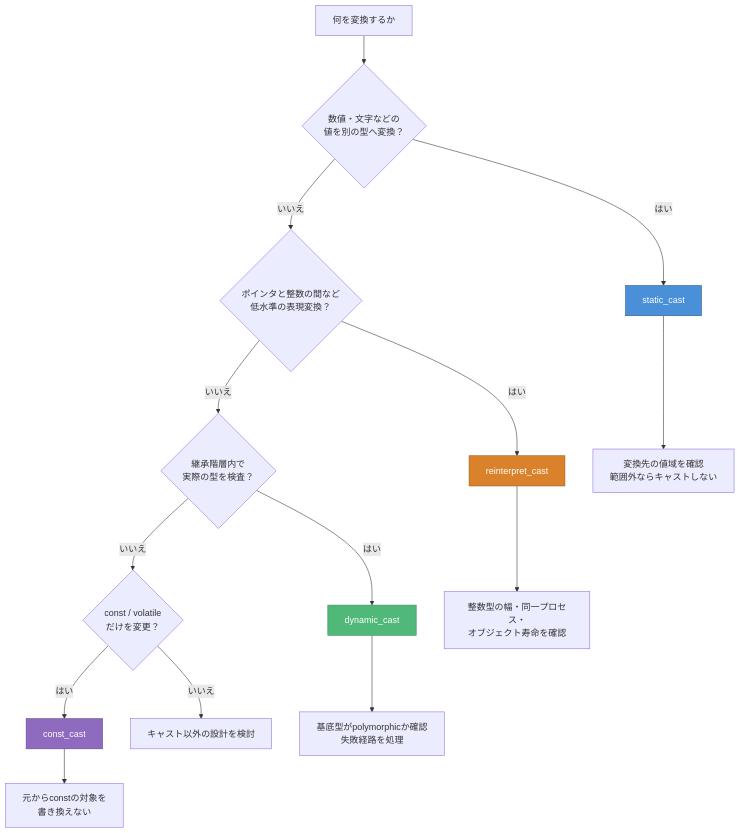
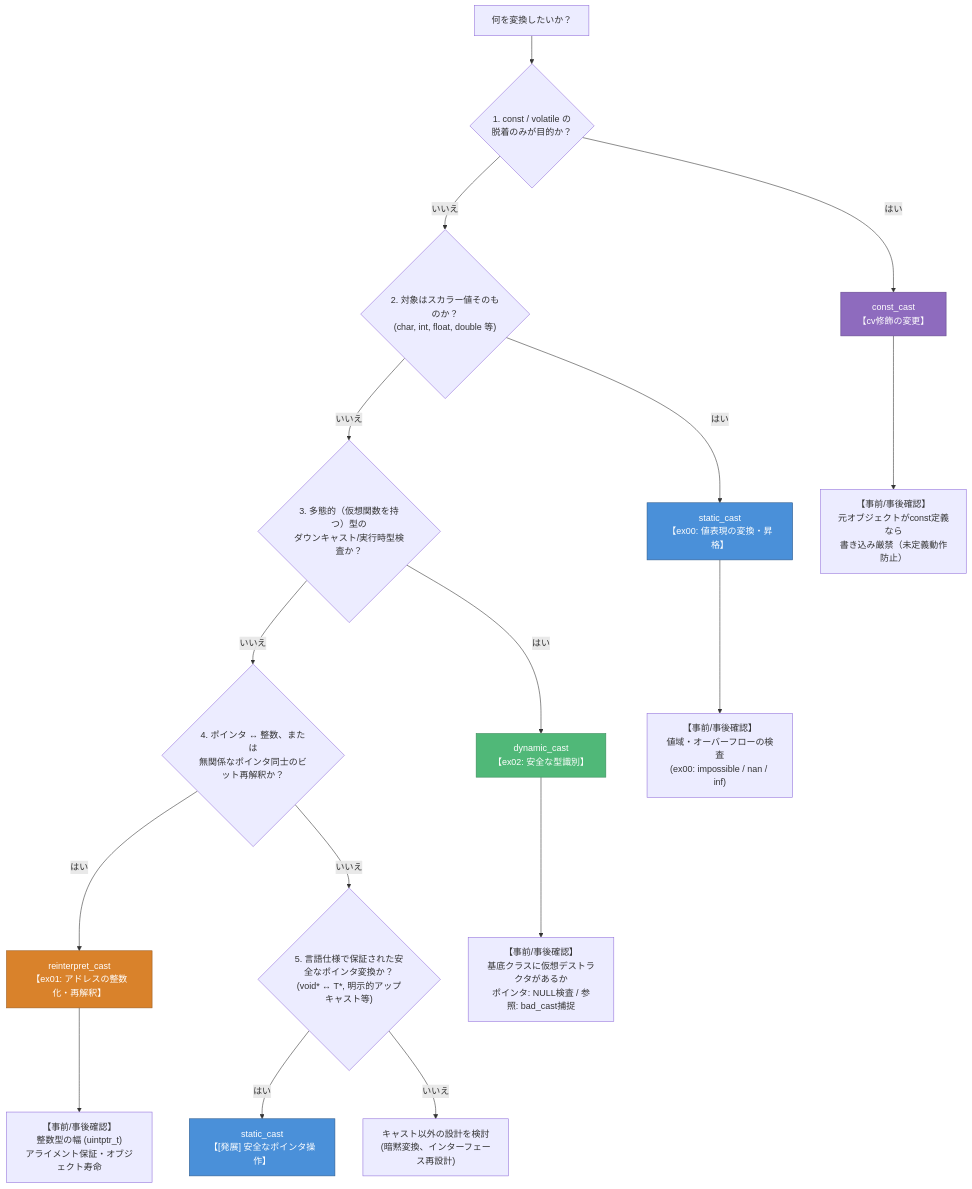
One commit to tototec1234/cpp05-09_learning_guide changed the diagram in CPP06_learning_guide/CPP06_cast_overview_diagram.md. Above: the diagram before and after it, drawn with Mermaid. The commit also changed other lines of this file and 1 other file, not shown here.

Commit message:
wip/CPP06学習ガイドたたき台

````diff
--- a/CPP06_learning_guide/CPP06_cast_overview_diagram.md
+++ b/CPP06_learning_guide/CPP06_cast_overview_diagram.md
@@ -8,22 +6,31 @@
 ```mermaid
 flowchart TD
-    start["何を変換するか"] --> scalar{"数値・文字などの<br/>値を別の型へ変換？"}
-    scalar -->|はい| static["static_cast"]
-    scalar -->|いいえ| pointerInt{"ポインタと整数の間など<br/>低水準の表現変換？"}
-    pointerInt -->|はい| reinterpret["reinterpret_cast"]
-    pointerInt -->|いいえ| hierarchy{"継承階層内で<br/>実際の型を検査？"}
-    hierarchy -->|はい| dynamic["dynamic_cast"]
-    hierarchy -->|いいえ| cv{"const / volatile<br/>だけを変更？"}
-    cv -->|はい| constcast["const_cast"]
-    cv -->|いいえ| redesign["キャスト以外の設計を検討"]
+    start["何を変換したいか？"] --> isCV{"1. const / volatile の<br/>脱着のみが目的か？"}
+    
+    isCV -->|はい| constcast["const_cast<br/>【cv修飾の変更】"]
+    isCV -->|いいえ| isValue{"2. 対象はスカラー値そのものか？<br/>(char, int, float, double 等)"}
+    
+    isValue -->|はい| staticScalar["static_cast<br/>【ex00: 値表現の変換・昇格】"]
+    isValue -->|いいえ| isDynamic{"3. 多態的（仮想関数を持つ）型の<br/>ダウンキャスト/実行時型検査か？"}
+    
+    isDynamic -->|はい| dynamic["dynamic_cast<br/>【ex02: 安全な型識別】"]
+    isDynamic -->|いいえ| isLowLevel{"4. ポインタ ↔ 整数、または<br/>無関係なポインタ同士のビット再解釈か？"}
+    
+    isLowLevel -->|はい| reinterpret["reinterpret_cast<br/>【ex01: アドレスの整数化・再解釈】"]
+    isLowLevel -->|いいえ| isSafePtr{"5. 言語仕様で保証された安全なポインタ変換か？<br/>(void* ↔ T*, 明示的アップキャスト等)"}
+    
+    isSafePtr -->|はい| staticPtr["static_cast<br/>【[発展] 安全なポインタ操作】"]
+    isSafePtr -->|いいえ| redesign["キャスト以外の設計を検討<br/>(暗黙変換、インターフェース再設計)"]
 
-    static --> staticCheck["変換先の値域を確認<br/>範囲外ならキャストしない"]
-    reinterpret --> reinterpretCheck["整数型の幅・同一プロセス・<br/>オブジェクト寿命を確認"]
-    dynamic --> dynamicCheck["基底型がpolymorphicか確認<br/>失敗経路を処理"]
-    constcast --> constCheck["元からconstの対象を<br/>書き換えない"]
+    %% 検証ステップ
+    staticScalar --> checkStatic["【事前/事後確認】<br/>値域・オーバーフローの検査<br/>(ex00: impossible / nan / inf)"]
+    dynamic --> checkDynamic["【事前/事後確認】<br/>基底クラスに仮想デストラクタがあるか<br/>ポインタ: NULL検査 / 参照: bad_cast捕捉"]
+    reinterpret --> checkReinterpret["【事前/事後確認】<br/>整数型の幅 (uintptr_t)<br/>アライメント保証・オブジェクト寿命"]
+    constcast --> checkConst["【事前/事後確認】<br/>元オブジェクトがconst定義なら<br/>書き込み厳禁（未定義動作防止）"]
 
-    style static fill:#4A90D9,stroke:#2E5A8B,color:#fff
+    style staticScalar fill:#4A90D9,stroke:#2E5A8B,color:#fff
     style reinterpret fill:#D9822B,stroke:#9A5A1E,color:#fff
     style dynamic fill:#50B878,stroke:#3A8A5A,color:#fff
     style constcast fill:#8E6BBE,stroke:#62468B,color:#fff
+    style staticPtr fill:#4A90D9,stroke:#2E5A8B,color:#fff
 ```
````
